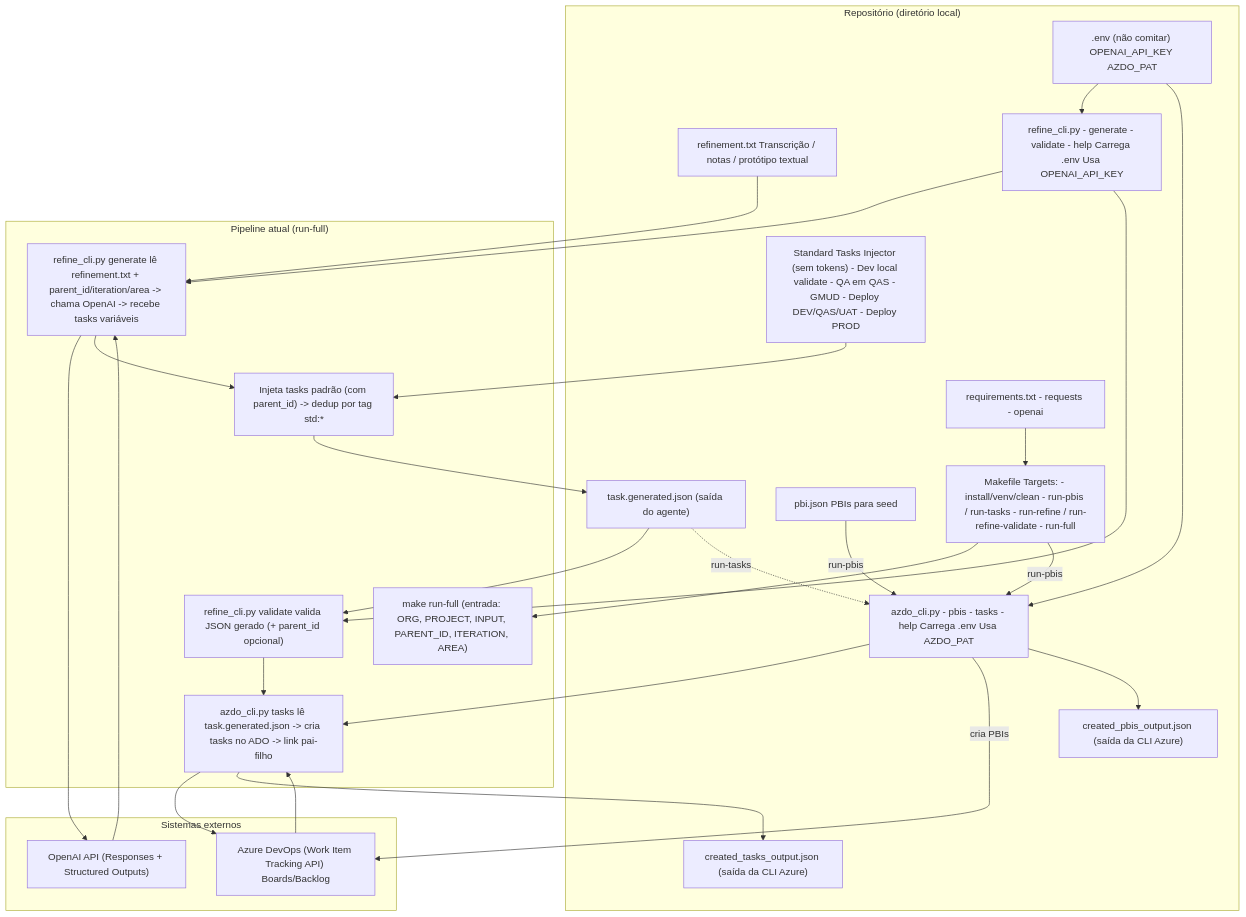
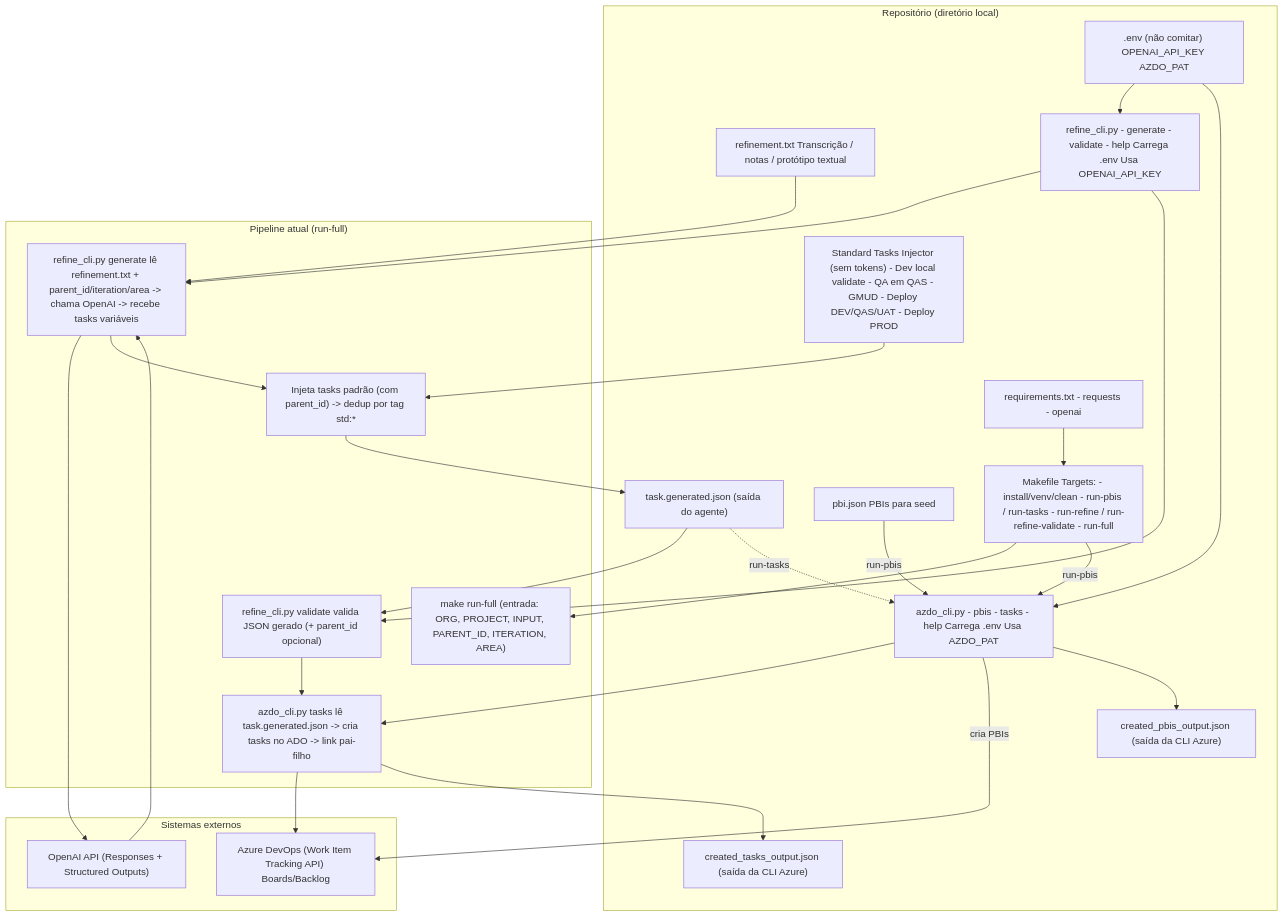
One commit to 4lessandrodev/azure-automation changed the first of 2 diagrams in README.md. Above: the diagram before and after it, drawn with Mermaid. The commit also changed other lines of this file and 13 other files, not shown here.

````diff
--- a/README.md
+++ b/README.md
@@ -333,62 +365,59 @@
 ```mermaid
-
 flowchart TB
   subgraph REPO["Repositório (diretório local)"]
     MF["Makefile Targets: - install/venv/clean - run-pbis / run-tasks - run-refine / run-refine-validate - run-full"]
     RQ["requirements.txt - requests - openai"]
     ENV[".env (não comitar) OPENAI_API_KEY AZDO_PAT"]
     PBIJSON["pbi.json PBIs para seed"]
     REF["refinement.txt Transcrição / notas / protótipo textual"]
     TASKJSON["task.generated.json (saída do agente)"]
     OUT1["created_pbis_output.json (saída da CLI Azure)"]
     OUT2["created_tasks_output.json (saída da CLI Azure)"]
     AZCLI["azdo_cli.py - pbis - tasks - help Carrega .env Usa AZDO_PAT"]
     RFCLI["refine_cli.py - generate - validate - help Carrega .env Usa OPENAI_API_KEY"]
     STD["Standard Tasks Injector (sem tokens) - Dev local validate - QA em QAS - GMUD - Deploy DEV/QAS/UAT - Deploy PROD"]
   end
 
   subgraph FLOW["Pipeline atual (run-full)"]
     A["make run-full (entrada: ORG, PROJECT, INPUT, PARENT_ID, ITERATION, AREA)"]
     B["refine_cli.py generate lê refinement.txt + parent_id/iteration/area -> chama OpenAI -> recebe tasks variáveis"]
     BI["Injeta tasks padrão (com parent_id) -> dedup por tag std:*"]
     C["refine_cli.py validate valida JSON gerado (+ parent_id opcional)"]
     D["azdo_cli.py tasks lê task.generated.json -> cria tasks no ADO -> link pai-filho"]
   end
 
   subgraph EXT["Sistemas externos"]
     OAI["OpenAI API (Responses + Structured Outputs)"]
     ADO["Azure DevOps (Work Item Tracking API) Boards/Backlog"]
   end
 
   ENV --> RFCLI
   ENV --> AZCLI
 
   MF --> A
   RQ --> MF
 
   REF --> B
   RFCLI --> B
   B --> OAI
   OAI --> B
 
   B --> BI
   STD --> BI
   BI --> TASKJSON
 
   TASKJSON --> C
   RFCLI --> C
 
   C --> D
   AZCLI --> D
   D --> ADO
-  ADO --> D
   D --> OUT2
 
   MF -->|run-pbis| AZCLI
   PBIJSON -->|run-pbis| AZCLI
   AZCLI -->|cria PBIs| ADO
   AZCLI --> OUT1
 
   TASKJSON -.->|run-tasks| AZCLI
-
 ```
````
